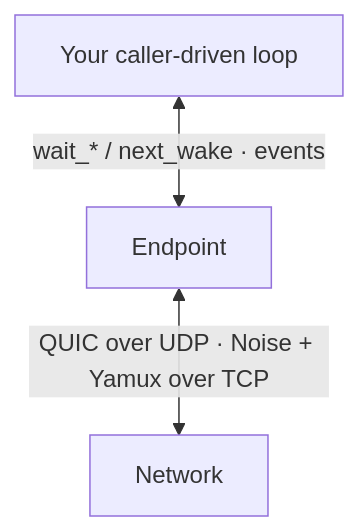
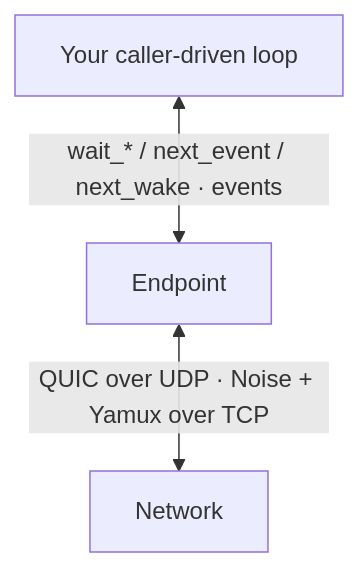
One commit to deepso7/minip2p changed the diagram in docs/md/rust/concepts.mdx. Above: the diagram before and after it, drawn with Mermaid. The commit also changed other lines of this file and 10 other files, not shown here.

````diff
--- a/docs/md/rust/concepts.mdx
+++ b/docs/md/rust/concepts.mdx
@@ -19,5 +14,5 @@
 ```mermaid
 flowchart TB
-  A["Your caller-driven loop"] <-->|"wait_* / next_wake · events"| B["Endpoint"]
+  A["Your caller-driven loop"] <-->|"wait_* / next_event / next_wake · events"| B["Endpoint"]
   B <-->|"QUIC over UDP · Noise + Yamux over TCP"| C["Network"]
 ```
````
